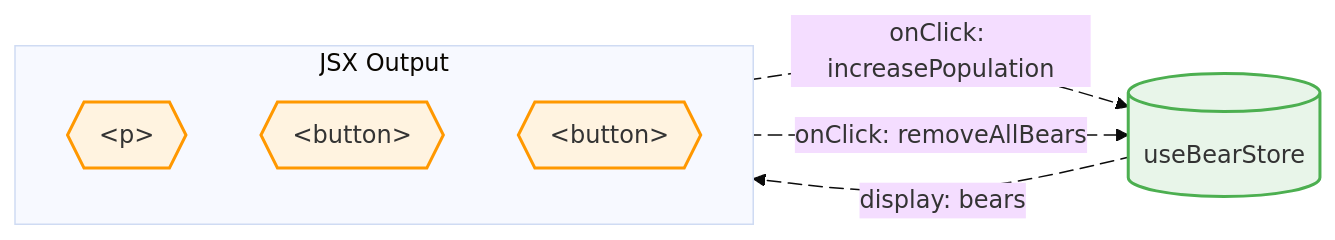
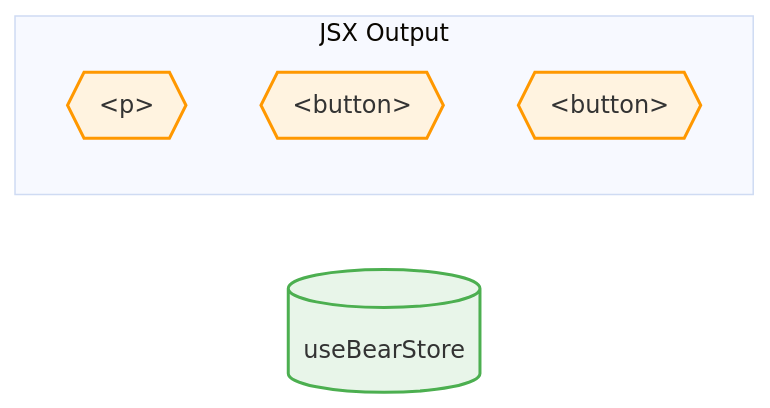
Before and after one commit to shibukawa/web-component-analyzer: the diagram in examples/react-vite/src/components/160-Zustand-StateManagement.mmd, drawn with Mermaid. The commit also changed 56 other files, not shown here.

```diff
--- a/examples/react-vite/src/components/160-Zustand-StateManagement.mmd
+++ b/examples/react-vite/src/components/160-Zustand-StateManagement.mmd
@@ -1,32 +1,26 @@
 %%{init: {'theme': 'base', 'themeVariables': {'fontFamily': 'Comic Sans MS, cursive'}, 'flowchart': {'curve': 'basis', 'padding': 20}}}%%
 flowchart LR
-  library_hook_0[("useBearStore")]
+  composable_0[("useBearStore")]
   jsx_element_0["p"]
   jsx_element_1["button"]
   jsx_element_2["button"]
   subgraph subgraph_0["JSX Output"]
     direction TB
       jsx_element_0@{ shape: hex, label: "&lt;p&gt;" }
       jsx_element_1@{ shape: hex, label: "&lt;button&gt;" }
       jsx_element_2@{ shape: hex, label: "&lt;button&gt;" }
   end
-  library_hook_0 elibrary_hook_0_jsx_element_0@-->|"display: bears"| jsx_element_0
-  elibrary_hook_0_jsx_element_0@{ animate: true }
-  jsx_element_1 ejsx_element_1_library_hook_0@-->|"onClick: increasePopulation"| library_hook_0
-  ejsx_element_1_library_hook_0@{ animate: true }
-  jsx_element_2 ejsx_element_2_library_hook_0@-->|"onClick: removeAllBears"| library_hook_0
-  ejsx_element_2_library_hook_0@{ animate: true }
 
   %% Styling
   classDef inputProp fill:#E3F2FD,stroke:#2196F3,stroke-width:2px
   classDef outputProp fill:#FFF3E0,stroke:#FF9800,stroke-width:2px
   classDef process fill:#F3E5F5,stroke:#9C27B0,stroke-width:3px
   classDef dataStore fill:#E8F5E9,stroke:#4CAF50,stroke-width:2px
   classDef jsxElement fill:#FFF3E0,stroke:#FF9800,stroke-width:2px
   classDef contextData fill:#E1F5FE,stroke:#0288D1,stroke-width:2px
   classDef contextFunction fill:#FFF9C4,stroke:#F57C00,stroke-width:2px
   classDef exportedHandler fill:#E8F5E9,stroke:#4CAF50,stroke-width:2px
-  class library_hook_0 dataStore
+  class composable_0 dataStore
   class jsx_element_0 jsxElement
   class jsx_element_1 jsxElement
   class jsx_element_2 jsxElement
```
